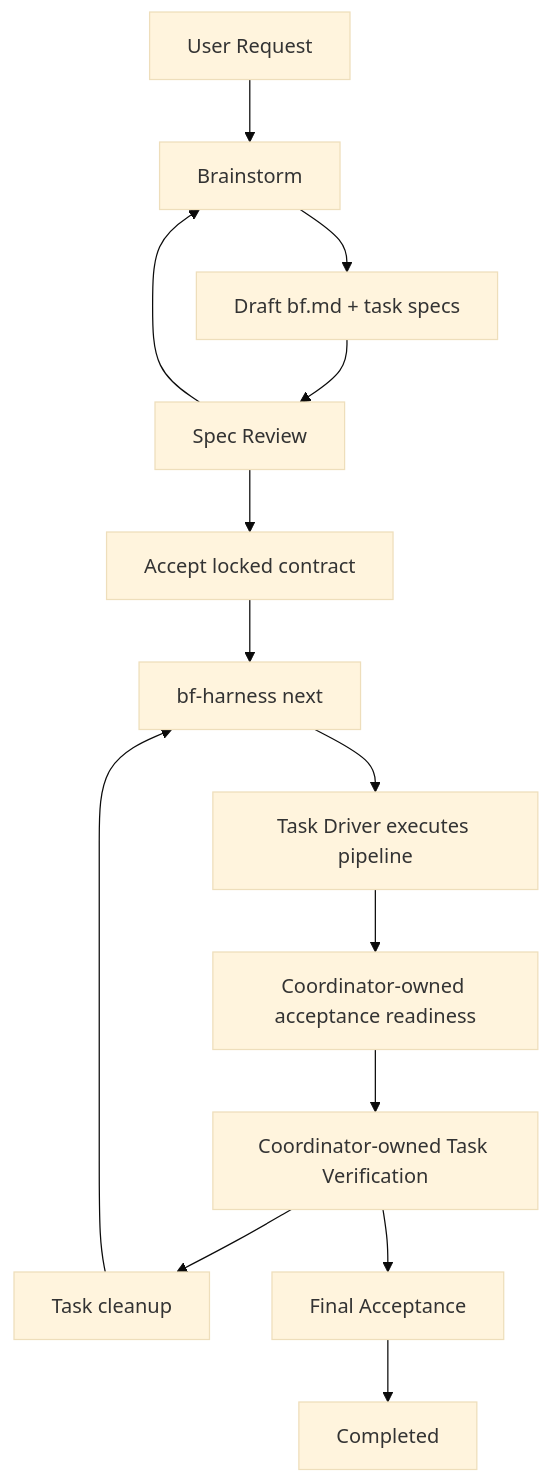
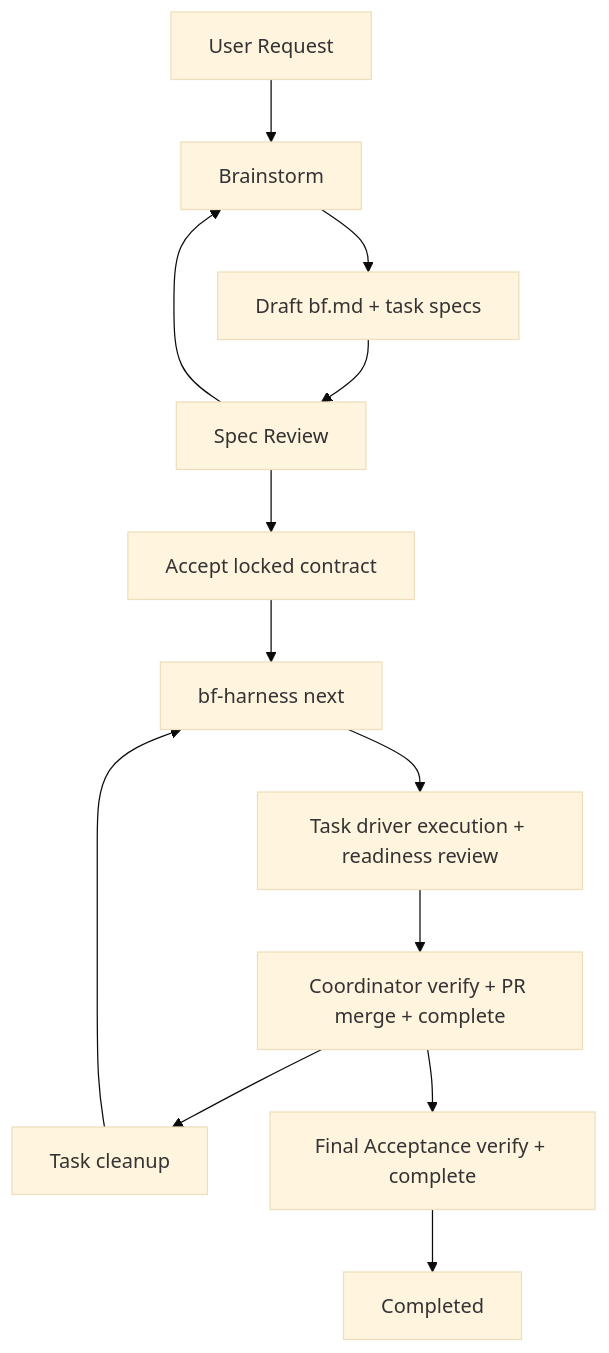
One commit to codetreker/blueprintflow changed the diagram in docs/spec.md. Above: the diagram before and after it, drawn with Mermaid (base theme). The commit also changed other lines of this file and 5 other files, not shown here.

````diff
--- a/docs/spec.md
+++ b/docs/spec.md
@@ -56,16 +56,15 @@
 ```mermaid
 flowchart TB
   request[User Request] --> brainstorm[Brainstorm]
   brainstorm --> spec[Draft bf.md + task specs]
   spec --> specReview[Spec Review]
   specReview --> accept[Accept locked contract]
   specReview --> brainstorm
   accept --> next[bf-harness next]
-  next --> driver[Task Driver executes pipeline]
-  driver --> readiness[Coordinator-owned acceptance readiness]
-  readiness --> taskReview[Coordinator-owned Task Verification]
-  taskReview --> taskCleanup[Task cleanup]
+  next --> driver[Task driver execution + readiness review]
+  driver --> coordinatorVerify[Coordinator verify + PR merge + complete]
+  coordinatorVerify --> taskCleanup[Task cleanup]
   taskCleanup --> next
-  taskReview --> finalReview[Final Acceptance]
+  coordinatorVerify --> finalReview[Final Acceptance verify + complete]
   finalReview --> completed[Completed]
 ```
````
